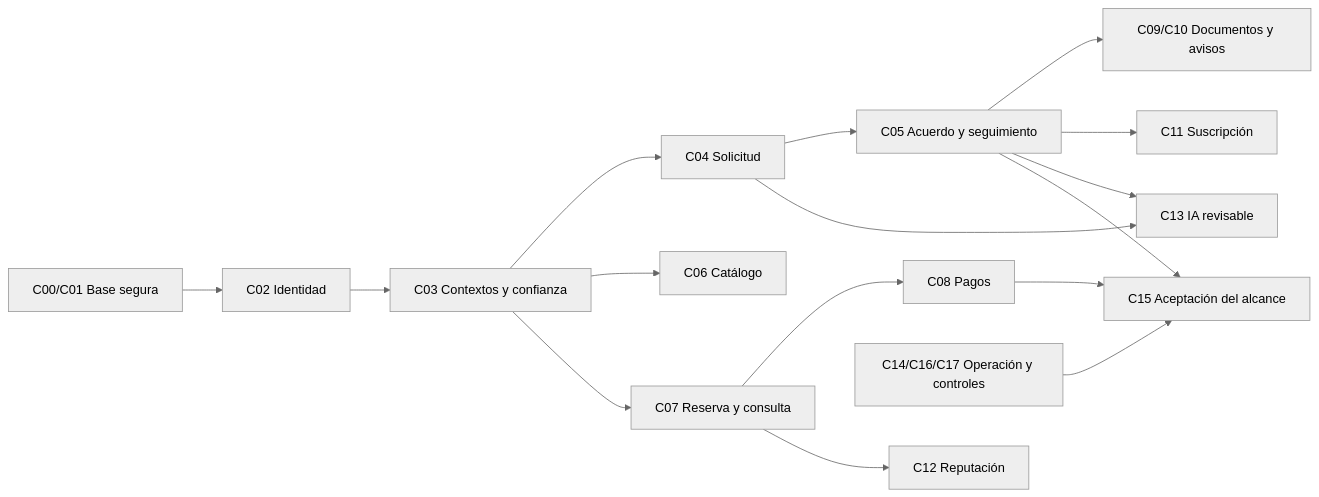
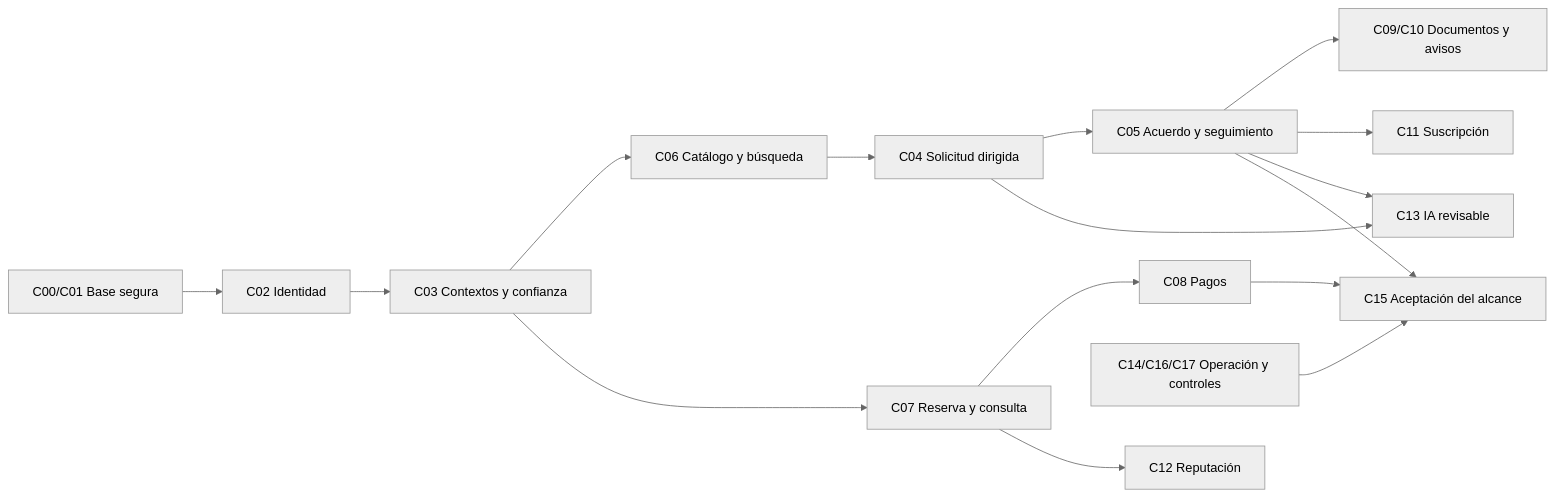
Before and after one commit to ArturoFrancoMozqueda/abogalia: the diagram in docs/27_development_plan_agents.md, drawn with Mermaid (neutral theme). The commit also changed other lines of this file and 9 other files, not shown here.

````diff
--- a/docs/27_development_plan_agents.md
+++ b/docs/27_development_plan_agents.md
@@ -127,18 +128,18 @@
 ```mermaid
 flowchart LR
   A[C00/C01 Base segura] --> B[C02 Identidad]
   B --> C[C03 Contextos y confianza]
-  C --> D[C04 Solicitud]
+  C --> F[C06 Catálogo y búsqueda]
+  F --> D[C04 Solicitud dirigida]
   D --> E[C05 Acuerdo y seguimiento]
-  C --> F[C06 Catálogo]
   C --> G[C07 Reserva y consulta]
   G --> H[C08 Pagos]
   E --> I[C09/C10 Documentos y avisos]
   E --> J[C11 Suscripción]
   G --> K[C12 Reputación]
   D --> L[C13 IA revisable]
   E --> L
   E --> M[C15 Aceptación del alcance]
   H --> M
   N[C14/C16/C17 Operación y controles] --> M
 ```
````
